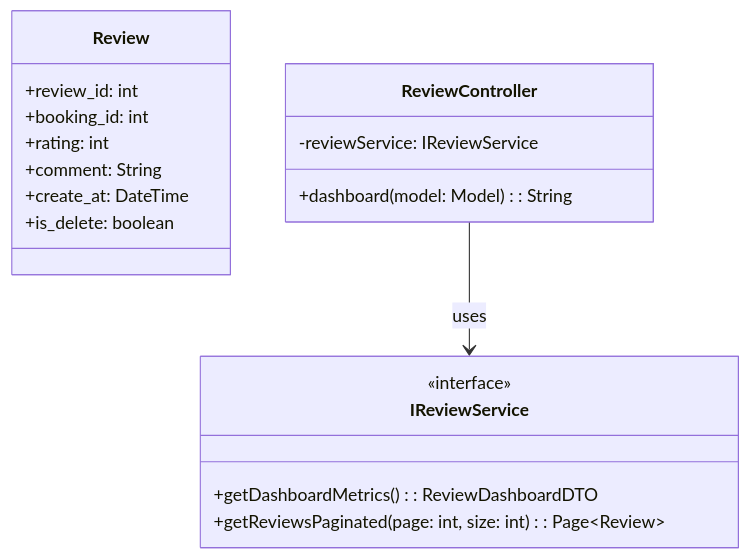
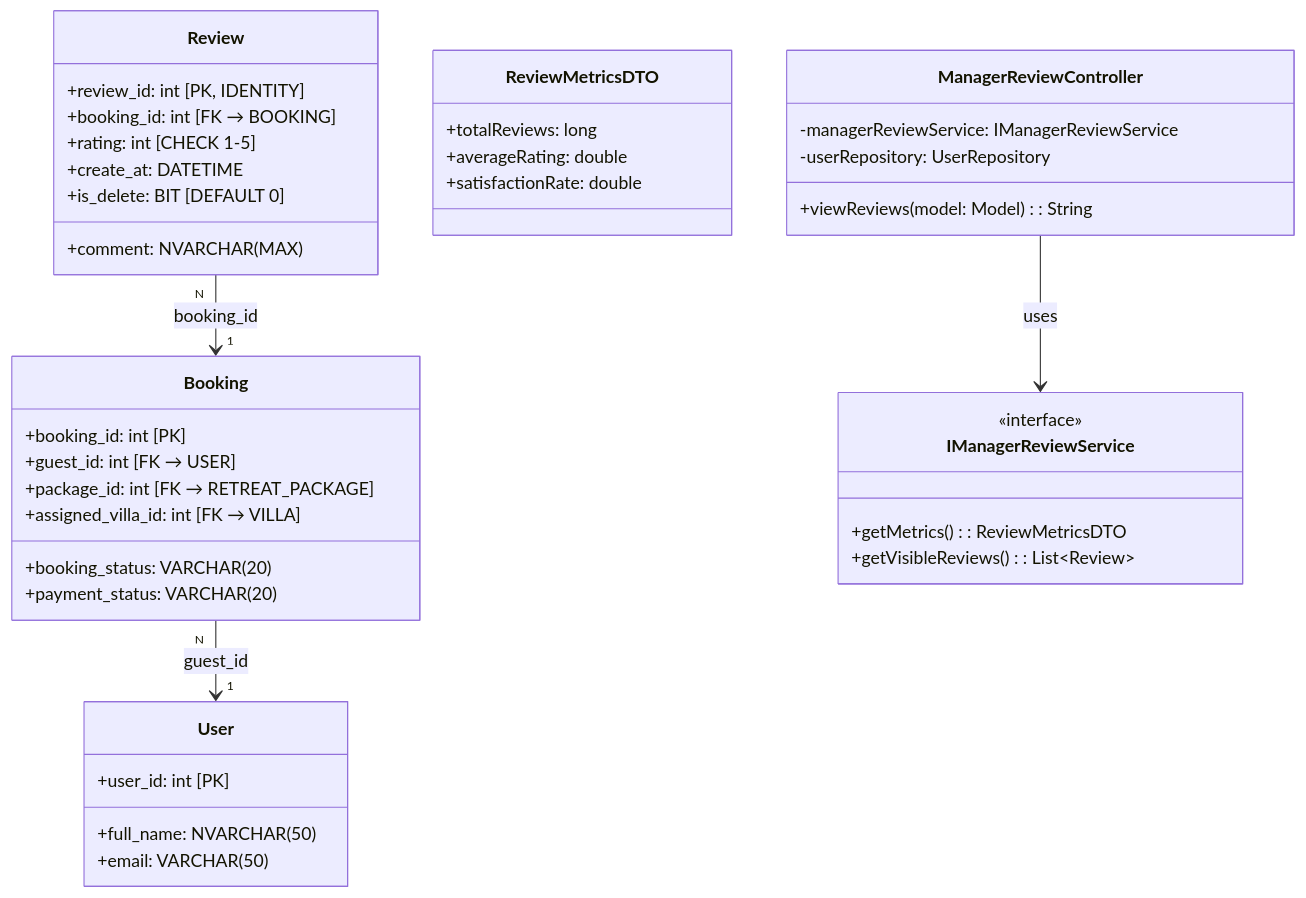
The first of 3 diagrams in 04_Implement/Module5/UC29/EDS_UC29_CustomerReviews.md (danhdac36/xoai-aura-retreat), drawn with Mermaid before and after one commit. The commit also changed other lines of this file and 3 other files, not shown here.

````diff
--- a/04_Implement/Module5/UC29/EDS_UC29_CustomerReviews.md
+++ b/04_Implement/Module5/UC29/EDS_UC29_CustomerReviews.md
@@ -145,22 +153,43 @@
 ```mermaid
 classDiagram
     class Review {
-        +review_id: int
-        +booking_id: int
-        +rating: int
-        +comment: String
-        +create_at: DateTime
-        +is_delete: boolean
+        +review_id: int [PK, IDENTITY]
+        +booking_id: int [FK → BOOKING]
+        +rating: int [CHECK 1-5]
+        +comment: NVARCHAR(MAX)
+        +create_at: DATETIME
+        +is_delete: BIT [DEFAULT 0]
     }
-    class IReviewService {
+    class Booking {
+        +booking_id: int [PK]
+        +guest_id: int [FK → USER]
+        +package_id: int [FK → RETREAT_PACKAGE]
+        +assigned_villa_id: int [FK → VILLA]
+        +booking_status: VARCHAR(20)
+        +payment_status: VARCHAR(20)
+    }
+    class User {
+        +user_id: int [PK]
+        +full_name: NVARCHAR(50)
+        +email: VARCHAR(50)
+    }
+    class ReviewMetricsDTO {
+        +totalReviews: long
+        +averageRating: double
+        +satisfactionRate: double
+    }
+    class IManagerReviewService {
         <<interface>>
-        +getDashboardMetrics(): ReviewDashboardDTO
-        +getReviewsPaginated(page: int, size: int): Page~Review~
+        +getMetrics(): ReviewMetricsDTO
+        +getVisibleReviews(): List~Review~
     }
-    class ReviewController {
-        -reviewService: IReviewService
-        +dashboard(model: Model): String
+    class ManagerReviewController {
+        -managerReviewService: IManagerReviewService
+        -userRepository: UserRepository
+        +viewReviews(model: Model): String
     }
 
-    ReviewController --> IReviewService : uses
+    Review "N" --> "1" Booking : booking_id
+    Booking "N" --> "1" User : guest_id
+    ManagerReviewController --> IManagerReviewService : uses
 ```
````
